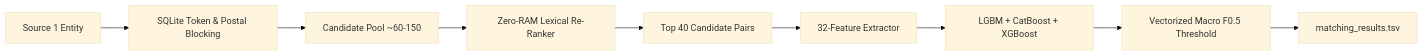
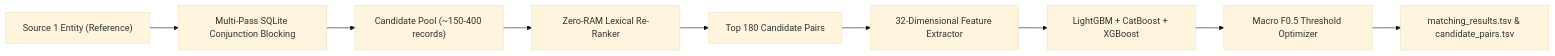
Before and after one commit to fallingbody/Amazon-ML-Hackathon-2026: the diagram in Documentation_template.md, drawn with Mermaid (base theme). The commit also changed other lines of this file and 2 other files, not shown here.

````diff
--- a/Documentation_template.md
+++ b/Documentation_template.md
@@ -33,11 +34,11 @@
 ```mermaid
 flowchart LR
-    S1[Source 1 Entity] --> Block[SQLite Token & Postal Blocking]
-    Block --> Pool[Candidate Pool ~60-150]
-    Pool --> ReRank[Zero-RAM Lexical Re-Ranker]
-    ReRank --> Top40[Top 40 Candidate Pairs]
-    Top40 --> Feats[32-Feature Extractor]
-    Feats --> Stack[LGBM + CatBoost + XGBoost]
-    Stack --> Opt[Vectorized Macro F0.5 Threshold]
-    Opt --> Submission[matching_results.tsv]
+    S1["Source 1 Entity (Reference)"] --> Block["Multi-Pass SQLite Conjunction Blocking"]
+    Block --> Pool["Candidate Pool (~150-400 records)"]
+    Pool --> ReRank["Zero-RAM Lexical Re-Ranker"]
+    ReRank --> Top180["Top 180 Candidate Pairs"]
+    Top180 --> Feats["32-Dimensional Feature Extractor"]
+    Feats --> Ensemble["LightGBM + CatBoost + XGBoost"]
+    Ensemble --> Opt["Macro F0.5 Threshold Optimizer"]
+    Opt --> Outputs["matching_results.tsv & candidate_pairs.tsv"]
 ```
````
